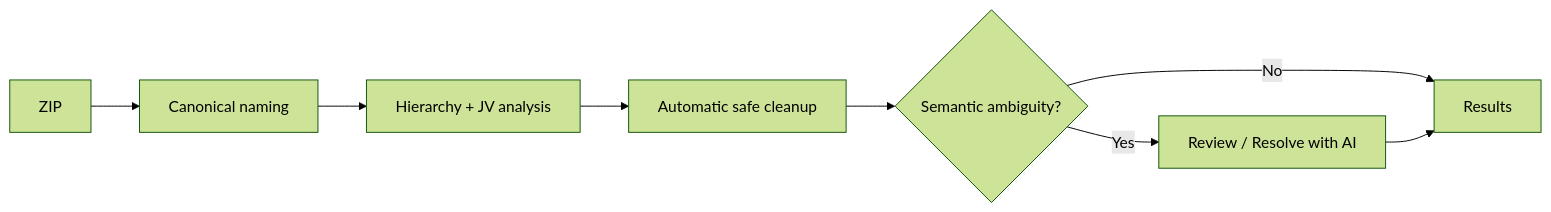
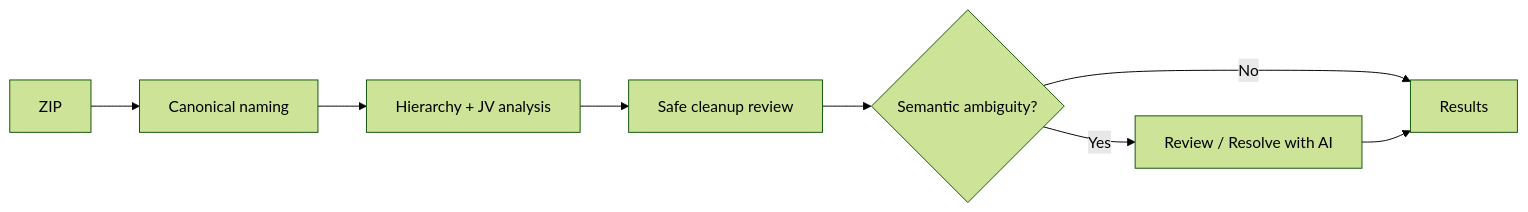
The diagram in docs/guides/GETTING_STARTED.md (matginesi/LabFlow), drawn with Mermaid (forest theme) before and after one commit. The commit also changed other lines of this file and 42 other files, not shown here.

````diff
--- a/docs/guides/GETTING_STARTED.md
+++ b/docs/guides/GETTING_STARTED.md
@@ -23,10 +23,10 @@
 ```mermaid
 flowchart LR
     A[ZIP] --> B[Canonical naming]
     B --> C[Hierarchy + JV analysis]
-    C --> D[Automatic safe cleanup]
+    C --> D[Safe cleanup review]
     D --> E{Semantic ambiguity?}
     E -->|No| F[Results]
     E -->|Yes| G[Review / Resolve with AI]
     G --> F
 ```
````
